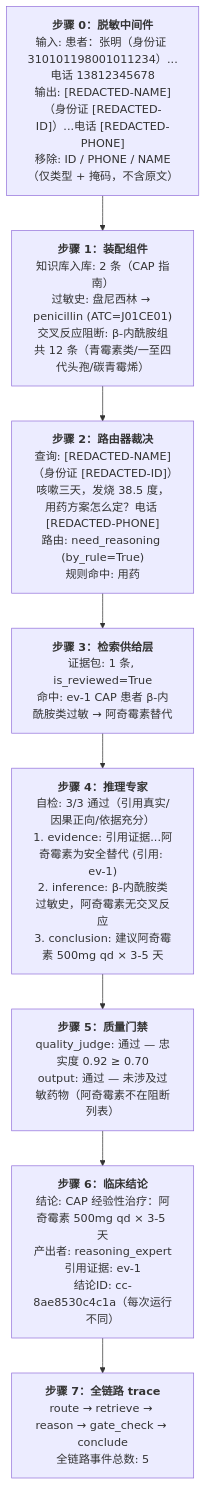
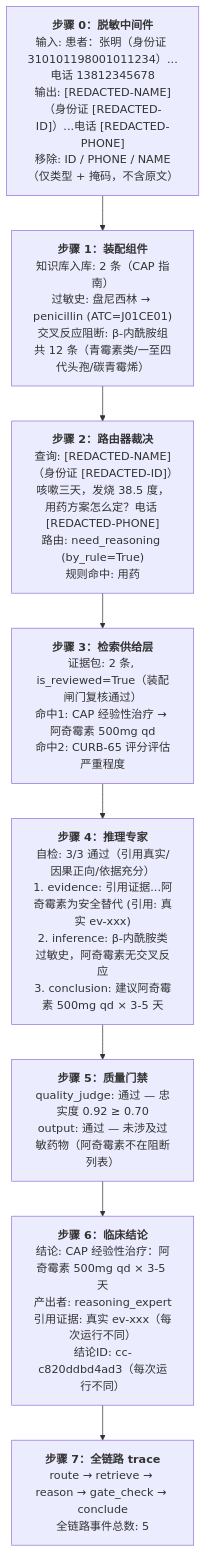
One commit to bobsmith513/harness-medical-agent changed the second of 4 diagrams in README.md. Above: the diagram before and after it, drawn with Mermaid. The commit also changed other lines of this file and 7 other files, not shown here.

````diff
--- a/README.md
+++ b/README.md
@@ -249,13 +254,13 @@
 ```mermaid
 flowchart TD
     A["<b>步骤 0：脱敏中间件</b><br/>输入: 患者：张明（身份证 310101198001011234）...电话 13812345678<br/>输出: [REDACTED-NAME]（身份证 [REDACTED-ID]）...电话 [REDACTED-PHONE]<br/>移除: ID / PHONE / NAME（仅类型 + 掩码，不含原文）"]
     B["<b>步骤 1：装配组件</b><br/>知识库入库: 2 条（CAP 指南）<br/>过敏史: 盘尼西林 → penicillin (ATC=J01CE01)<br/>交叉反应阻断: β-内酰胺组共 12 条（青霉素类/一至四代头孢/碳青霉烯）"]
     C["<b>步骤 2：路由器裁决</b><br/>查询: [REDACTED-NAME]（身份证 [REDACTED-ID]）咳嗽三天，发烧 38.5 度，用药方案怎么定？电话 [REDACTED-PHONE]<br/>路由: need_reasoning (by_rule=True)<br/>规则命中: 用药"]
-    D["<b>步骤 3：检索供给层</b><br/>证据包: 1 条, is_reviewed=True<br/>命中: ev-1 CAP 患者 β-内酰胺类过敏 → 阿奇霉素替代"]
-    E["<b>步骤 4：推理专家</b><br/>自检: 3/3 通过（引用真实/因果正向/依据充分）<br/>1. evidence: 引用证据...阿奇霉素为安全替代 (引用: ev-1)<br/>2. inference: β-内酰胺类过敏史，阿奇霉素无交叉反应<br/>3. conclusion: 建议阿奇霉素 500mg qd × 3-5 天"]
+    D["<b>步骤 3：检索供给层</b><br/>证据包: 2 条, is_reviewed=True（装配闸门复核通过）<br/>命中1: CAP 经验性治疗 → 阿奇霉素 500mg qd<br/>命中2: CURB-65 评分评估严重程度"]
+    E["<b>步骤 4：推理专家</b><br/>自检: 3/3 通过（引用真实/因果正向/依据充分）<br/>1. evidence: 引用证据...阿奇霉素为安全替代 (引用: 真实 ev-xxx)<br/>2. inference: β-内酰胺类过敏史，阿奇霉素无交叉反应<br/>3. conclusion: 建议阿奇霉素 500mg qd × 3-5 天"]
     F["<b>步骤 5：质量门禁</b><br/>quality_judge: 通过 — 忠实度 0.92 ≥ 0.70<br/>output: 通过 — 未涉及过敏药物（阿奇霉素不在阻断列表）"]
-    G["<b>步骤 6：临床结论</b><br/>结论: CAP 经验性治疗：阿奇霉素 500mg qd × 3-5 天<br/>产出者: reasoning_expert<br/>引用证据: ev-1<br/>结论ID: cc-8ae8530c4c1a（每次运行不同）"]
+    G["<b>步骤 6：临床结论</b><br/>结论: CAP 经验性治疗：阿奇霉素 500mg qd × 3-5 天<br/>产出者: reasoning_expert<br/>引用证据: 真实 ev-xxx（每次运行不同）<br/>结论ID: cc-c820ddbd4ad3（每次运行不同）"]
     H["<b>步骤 7：全链路 trace</b><br/>route → retrieve → reason → gate_check → conclude<br/>全链路事件总数: 5"]
 
     A --> B --> C --> D --> E --> F --> G --> H
 ```
````
